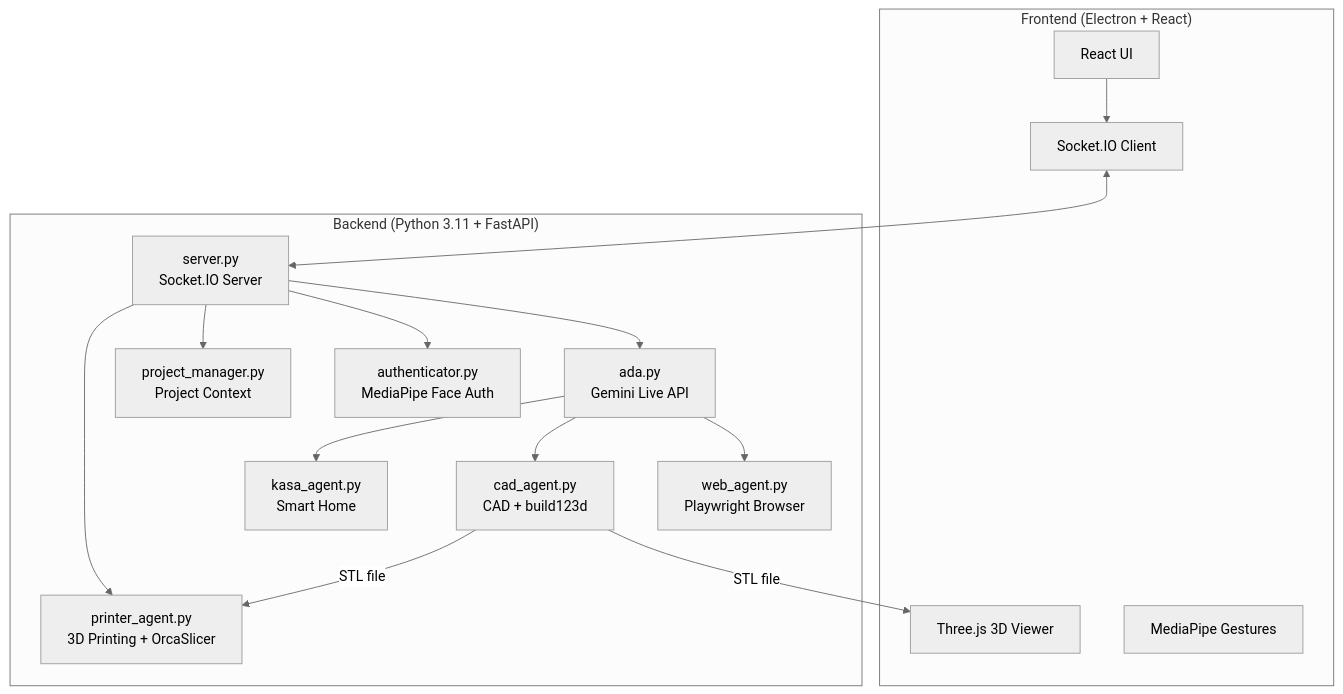
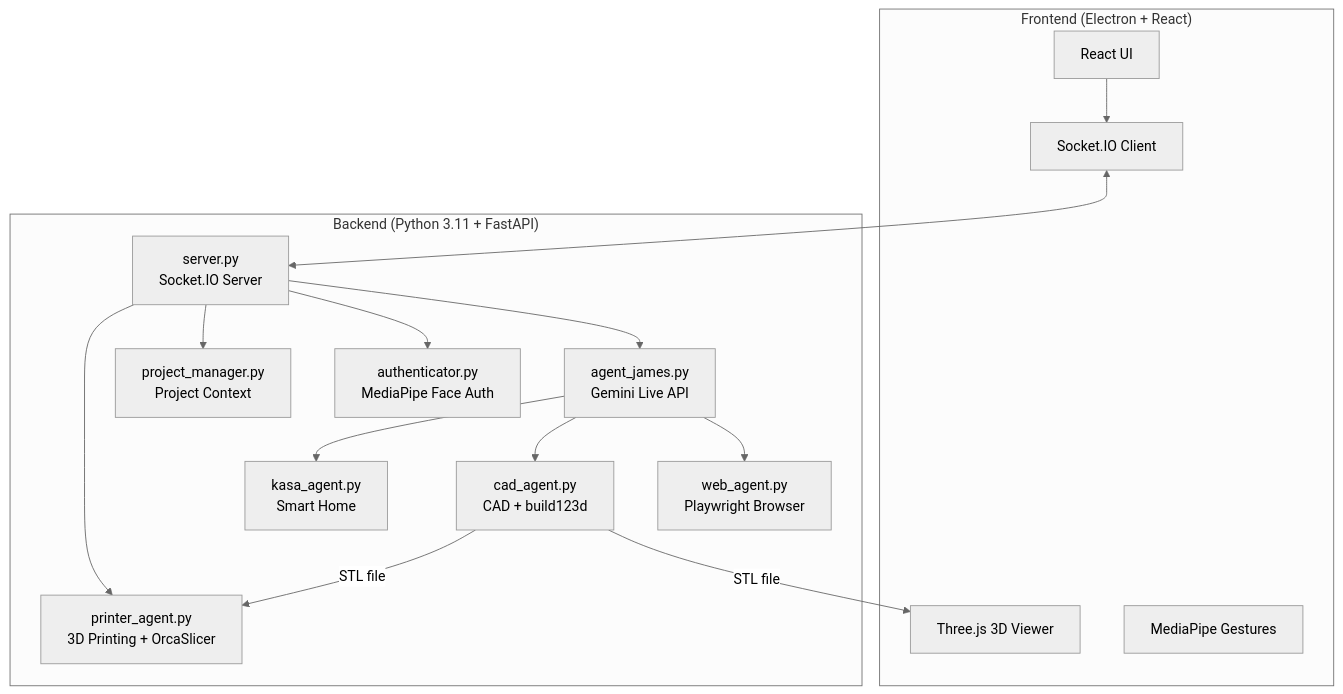
The diagram in README.md (Cyberdogs7/agent_james), drawn with Mermaid (neutral theme) before and after one commit. The commit also changed other lines of this file and 61 other files, not shown here.

Commit message:
feat: rename A.D.A to Agent James, add ARCHITECTURE docs, audit deps

````diff
--- a/README.md
+++ b/README.md
@@ -44,32 +44,32 @@
 ```mermaid
 graph TB
     subgraph Frontend ["Frontend (Electron + React)"]
         UI[React UI]
         THREE[Three.js 3D Viewer]
         GESTURE[MediaPipe Gestures]
         SOCKET_C[Socket.IO Client]
     end
     
     subgraph Backend ["Backend (Python 3.11 + FastAPI)"]
         SERVER[server.py<br/>Socket.IO Server]
-        ADA[ada.py<br/>Gemini Live API]
+        JAMES[agent_james.py<br/>Gemini Live API]
         WEB[web_agent.py<br/>Playwright Browser]
         CAD[cad_agent.py<br/>CAD + build123d]
         PRINTER[printer_agent.py<br/>3D Printing + OrcaSlicer]
         KASA[kasa_agent.py<br/>Smart Home]
         AUTH[authenticator.py<br/>MediaPipe Face Auth]
         PM[project_manager.py<br/>Project Context]
     end
     
     UI --> SOCKET_C
     SOCKET_C <--> SERVER
-    SERVER --> ADA
-    ADA --> WEB
-    ADA --> CAD
-    ADA --> KASA
+    SERVER --> JAMES
+    JAMES --> WEB
+    JAMES --> CAD
+    JAMES --> KASA
     SERVER --> AUTH
     SERVER --> PM
     SERVER --> PRINTER
     CAD -->|STL file| THREE
     CAD -->|STL file| PRINTER
 ```
````
